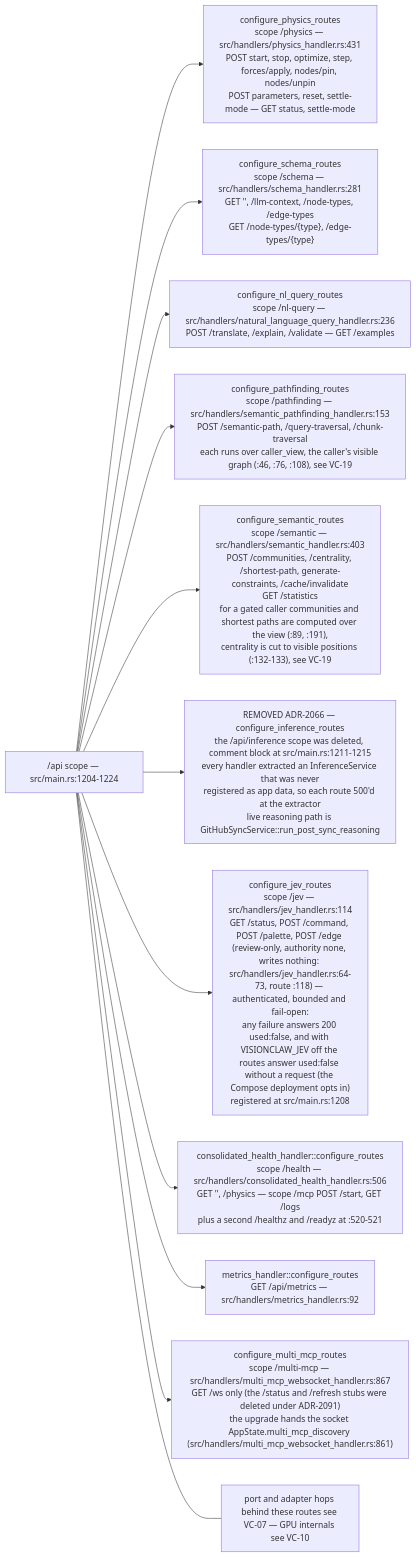
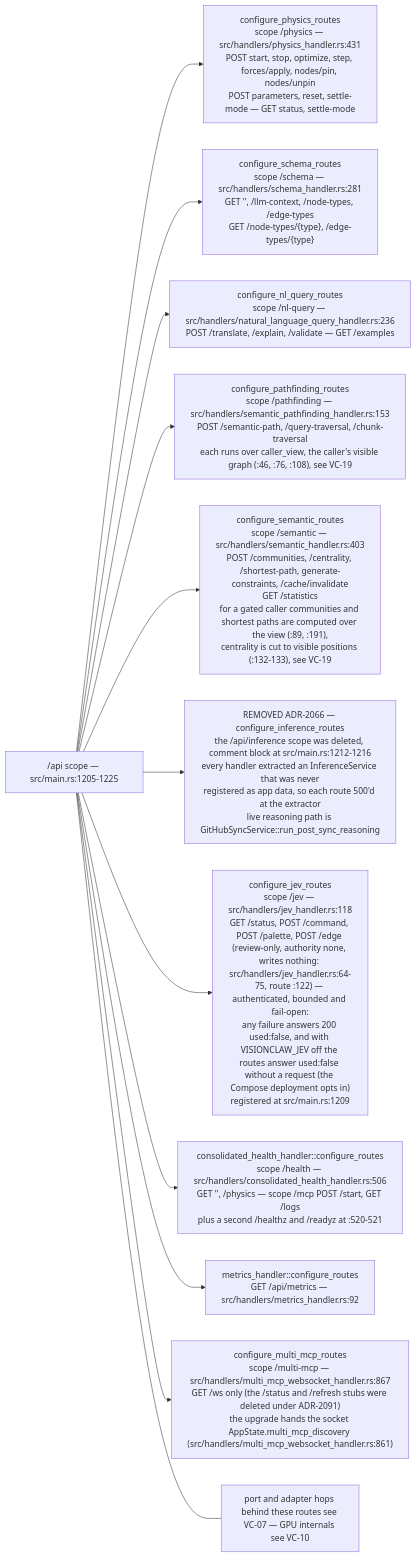
Before and after one commit to DreamLab-AI/VisionFlow: the tenth of 13 diagrams in docs/diagrams/visionclaw/01-boot-and-app-state.md, drawn with Mermaid. The commit also changed other lines of this file and 49 other files, not shown here.

First line of the commit message:
docs(diagrams): re-derive and re-stamp VisionClaw, estate, knowledge-graph, visionGraph, VisionFlow and sidestr topics

````diff
--- a/docs/diagrams/visionclaw/01-boot-and-app-state.md
+++ b/docs/diagrams/visionclaw/01-boot-and-app-state.md
@@ -441,16 +441,16 @@
 ```mermaid
 flowchart LR
-    S["/api scope — src/main.rs:1204-1224"]
+    S["/api scope — src/main.rs:1205-1225"]
     S --> P["configure_physics_routes<br/>scope /physics — src/handlers/physics_handler.rs:431<br/>POST start, stop, optimize, step, forces/apply, nodes/pin, nodes/unpin<br/>POST parameters, reset, settle-mode — GET status, settle-mode"]
     S --> SC["configure_schema_routes<br/>scope /schema — src/handlers/schema_handler.rs:281<br/>GET '', /llm-context, /node-types, /edge-types<br/>GET /node-types/{type}, /edge-types/{type}"]
     S --> NL["configure_nl_query_routes<br/>scope /nl-query — src/handlers/natural_language_query_handler.rs:236<br/>POST /translate, /explain, /validate — GET /examples"]
     S --> PF["configure_pathfinding_routes<br/>scope /pathfinding — src/handlers/semantic_pathfinding_handler.rs:153<br/>POST /semantic-path, /query-traversal, /chunk-traversal<br/>each runs over caller_view, the caller's visible graph (:46, :76, :108), see VC-19"]
     S --> SM["configure_semantic_routes<br/>scope /semantic — src/handlers/semantic_handler.rs:403<br/>POST /communities, /centrality, /shortest-path, generate-constraints, /cache/invalidate<br/>GET /statistics<br/>for a gated caller communities and shortest paths are computed over the view (:89, :191),<br/>centrality is cut to visible positions (:132-133), see VC-19"]
-    S --> IN["REMOVED ADR-2066 — configure_inference_routes<br/>the /api/inference scope was deleted, comment block at src/main.rs:1211-1215<br/>every handler extracted an InferenceService that was never<br/>registered as app data, so each route 500'd at the extractor<br/>live reasoning path is GitHubSyncService::run_post_sync_reasoning"]
-    S --> JV["configure_jev_routes<br/>scope /jev — src/handlers/jev_handler.rs:114<br/>GET /status, POST /command, POST /palette, POST /edge (review-only, authority none, writes nothing: src/handlers/jev_handler.rs:64-73, route :118) — authenticated, bounded and fail-open:<br/>any failure answers 200 used:false, and with VISIONCLAW_JEV off the routes answer used:false without a request (the Compose deployment opts in)<br/>registered at src/main.rs:1208"]
+    S --> IN["REMOVED ADR-2066 — configure_inference_routes<br/>the /api/inference scope was deleted, comment block at src/main.rs:1212-1216<br/>every handler extracted an InferenceService that was never<br/>registered as app data, so each route 500'd at the extractor<br/>live reasoning path is GitHubSyncService::run_post_sync_reasoning"]
+    S --> JV["configure_jev_routes<br/>scope /jev — src/handlers/jev_handler.rs:118<br/>GET /status, POST /command, POST /palette, POST /edge (review-only, authority none, writes nothing: src/handlers/jev_handler.rs:64-75, route :122) — authenticated, bounded and fail-open:<br/>any failure answers 200 used:false, and with VISIONCLAW_JEV off the routes answer used:false without a request (the Compose deployment opts in)<br/>registered at src/main.rs:1209"]
     S --> HE["consolidated_health_handler::configure_routes<br/>scope /health — src/handlers/consolidated_health_handler.rs:506<br/>GET '', /physics — scope /mcp POST /start, GET /logs<br/>plus a second /healthz and /readyz at :520-521"]
     S --> ME["metrics_handler::configure_routes<br/>GET /api/metrics — src/handlers/metrics_handler.rs:92"]
     S --> MM["configure_multi_mcp_routes<br/>scope /multi-mcp — src/handlers/multi_mcp_websocket_handler.rs:867<br/>GET /ws only (the /status and /refresh stubs were deleted under ADR-2091)<br/>the upgrade hands the socket AppState.multi_mcp_discovery (src/handlers/multi_mcp_websocket_handler.rs:861)"]
     N["port and adapter hops behind these routes see VC-07 — GPU internals see VC-10"]
     S --- N
 ```
````
